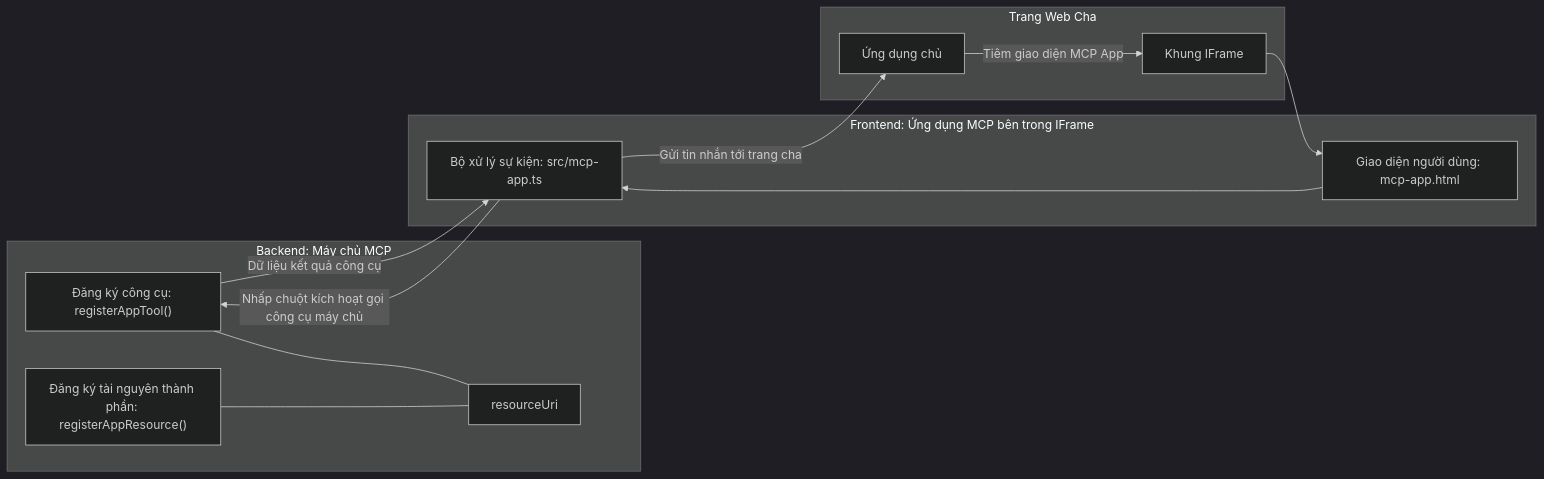
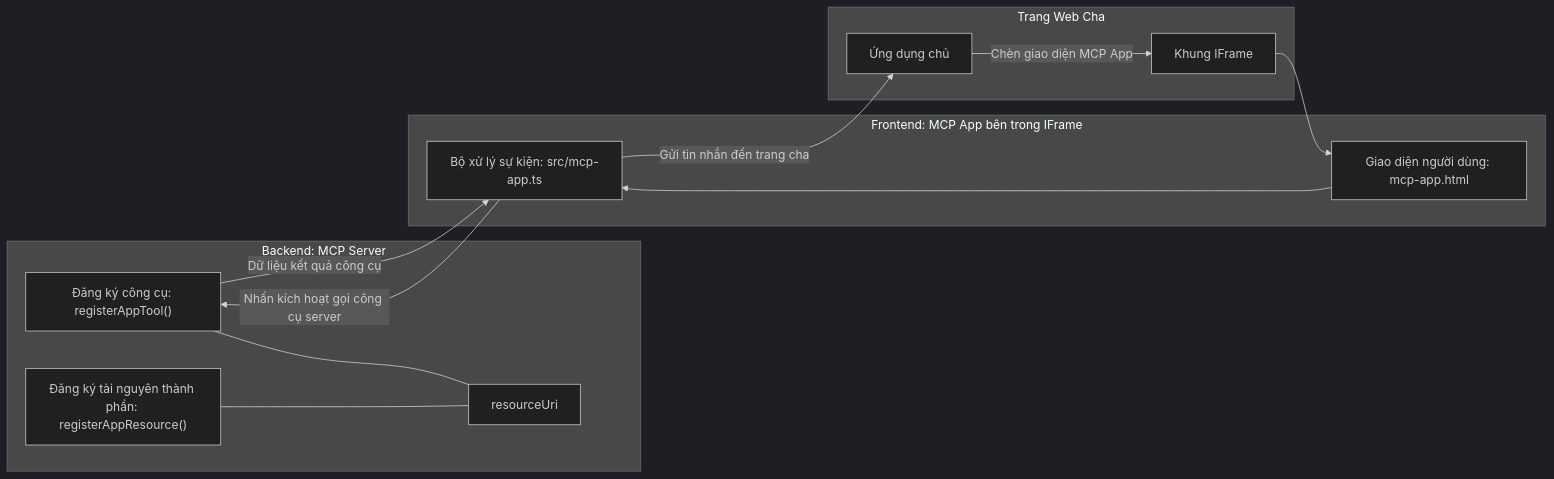
Before and after one commit to HIDORAKAI002/ai-workspace-archive: the diagram in mcp_ecosystem__model_context_protocol/mcp_learning_resources/mcp-for-beginners/translations/vi/03-GettingStarted/15-mcp-apps/README.md, drawn with Mermaid (dark theme). The commit also changed other lines of this file and 1160 other files, not shown here.

````diff
--- a/mcp_ecosystem__model_context_protocol/mcp_learning_resources/mcp-for-beginners/translations/vi/03-GettingStarted/15-mcp-apps/README.md
+++ b/mcp_ecosystem__model_context_protocol/mcp_learning_resources/mcp-for-beginners/translations/vi/03-GettingStarted/15-mcp-apps/README.md
@@ -32,27 +32,27 @@
 ```mermaid
 flowchart LR
-  subgraph Backend[Backend: Máy chủ MCP]
+  subgraph Backend[Backend: MCP Server]
     T["Đăng ký công cụ: registerAppTool()"]
     C["Đăng ký tài nguyên thành phần: registerAppResource()"]
     U[resourceUri]
     T --- U
     C --- U
   end
 
   subgraph Parent[Trang Web Cha]
     H[Ứng dụng chủ]
     IFRAME[Khung IFrame]
-    H -->|Tiêm giao diện MCP App| IFRAME
+    H -->|Chèn giao diện MCP App| IFRAME
   end
 
-  subgraph Frontend[Frontend: Ứng dụng MCP bên trong IFrame]
+  subgraph Frontend[Frontend: MCP App bên trong IFrame]
     UI["Giao diện người dùng: mcp-app.html"]
     EH["Bộ xử lý sự kiện: src/mcp-app.ts"]
     UI --> EH
   end
 
   IFRAME --> UI
-  EH -->|Nhấp chuột kích hoạt gọi công cụ máy chủ| T
+  EH -->|Nhấn kích hoạt gọi công cụ server| T
   T -->|Dữ liệu kết quả công cụ| EH
-  EH -->|Gửi tin nhắn tới trang cha| H
-```
+  EH -->|Gửi tin nhắn đến trang cha| H
+```  
````
